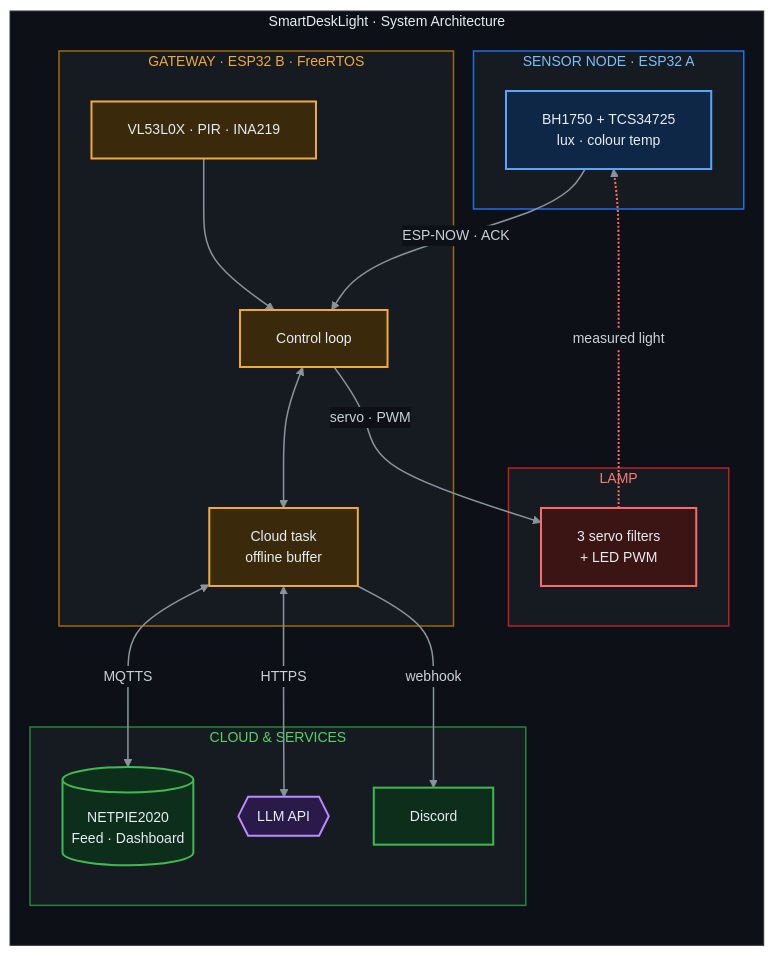
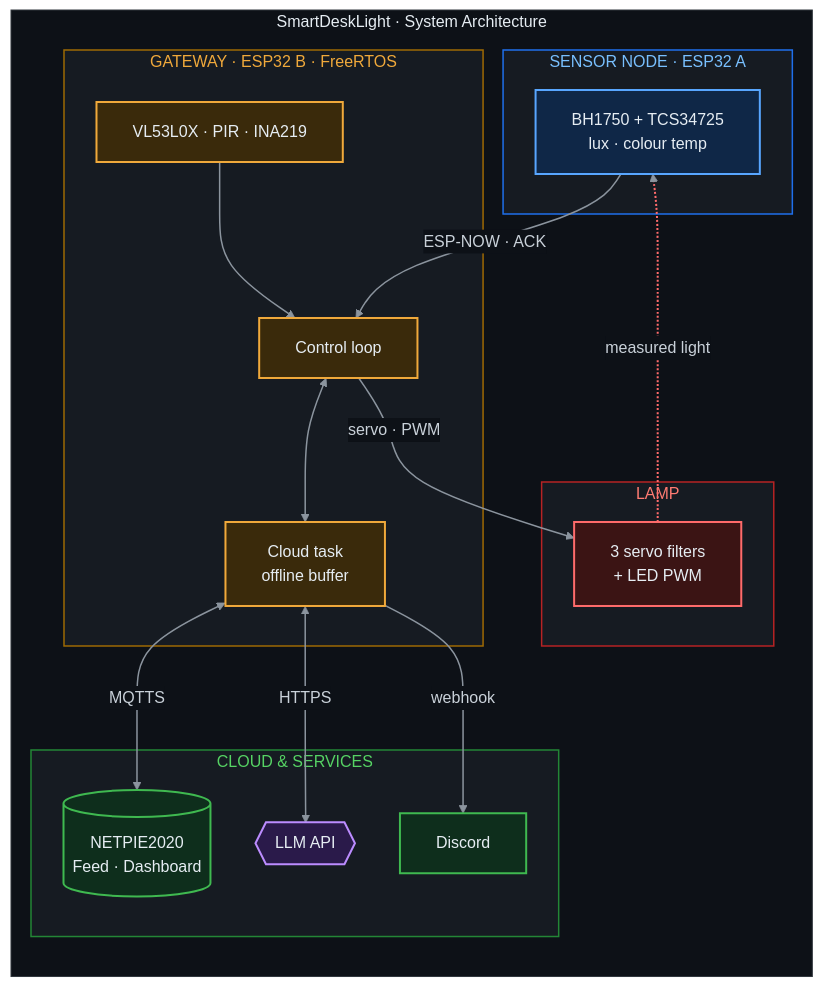
One commit to E3-Embed/SmartDeskLight changed the diagram in README.md. Above: the diagram before and after it, drawn with Mermaid.

Commit message:
docs: use GitHub default font in Mermaid so labels are not clipped

````diff
--- a/README.md
+++ b/README.md
@@ -26,56 +26,56 @@
 ```mermaid
-%%{init: {"theme": "base", "themeVariables": {"fontFamily": "-apple-system, Segoe UI, Helvetica, Arial, sans-serif", "fontSize": "14px", "background": "#0D1117", "primaryTextColor": "#E6EDF3", "textColor": "#C9D1D9", "lineColor": "#8B949E", "edgeLabelBackground": "#0D1117", "clusterBkg": "#161B22", "clusterBorder": "#30363D", "titleColor": "#E6EDF3"}, "flowchart": {"curve": "basis", "padding": 18, "nodeSpacing": 45, "rankSpacing": 55}}}%%
+%%{init: {"theme": "base", "themeVariables": {"background": "#0D1117", "primaryTextColor": "#E6EDF3", "textColor": "#C9D1D9", "lineColor": "#8B949E", "edgeLabelBackground": "#0D1117", "clusterBkg": "#161B22", "clusterBorder": "#30363D", "titleColor": "#E6EDF3"}, "flowchart": {"curve": "basis", "padding": 18, "nodeSpacing": 45, "rankSpacing": 55}}}%%
 flowchart TB
   subgraph SYS["SmartDeskLight · System Architecture"]
     direction TB
 
     subgraph NODE["SENSOR NODE · ESP32 A"]
       S["BH1750 + TCS34725<br/>lux · colour temp"]
     end
 
     subgraph GW["GATEWAY · ESP32 B · FreeRTOS"]
       G1["VL53L0X · PIR · INA219"]
       G2["Control loop"]
       G3["Cloud task<br/>offline buffer"]
     end
 
     subgraph LAMP["LAMP"]
       L["3 servo filters<br/>+ LED PWM"]
     end
 
     subgraph CLOUD["CLOUD & SERVICES"]
       N[("NETPIE2020<br/>Feed · Dashboard")]
       A{{"LLM API"}}
       D["Discord"]
     end
   end
 
   S -->|"ESP-NOW · ACK"| G2
   G1 --> G2
   G2 -->|"servo · PWM"| L
   L -.->|"measured light"| S
   G2 <--> G3
   G3 <-->|"MQTTS"| N
   G3 <-->|"HTTPS"| A
   G3 -->|"webhook"| D
 
   classDef sense fill:#0F2747,stroke:#58A6FF,stroke-width:2px,color:#E6EDF3
   classDef edge fill:#3A2A0B,stroke:#F0A93B,stroke-width:2px,color:#E6EDF3
   classDef act fill:#3B1414,stroke:#FF6B6B,stroke-width:2px,color:#E6EDF3
   classDef cloud fill:#0E2E1C,stroke:#3FB950,stroke-width:2px,color:#E6EDF3
   classDef ai fill:#2A1A4A,stroke:#BC8CFF,stroke-width:2px,color:#E6EDF3
   class S sense
   class G1,G2,G3 edge
   class L act
   class N,D cloud
   class A ai
 
   style SYS fill:#0D1117,stroke:#30363D,stroke-width:1px,color:#E6EDF3
   style NODE fill:#161B22,stroke:#1F6FEB,stroke-width:1.5px,color:#79C0FF
   style GW fill:#161B22,stroke:#9E6A03,stroke-width:1.5px,color:#F0A93B
   style LAMP fill:#161B22,stroke:#B62324,stroke-width:1.5px,color:#FF7B72
   style CLOUD fill:#161B22,stroke:#238636,stroke-width:1.5px,color:#56D364
 
   linkStyle default stroke:#8B949E,stroke-width:1.5px,color:#C9D1D9
   linkStyle 3 stroke:#FF6B6B,stroke-width:2px
 ```
````
